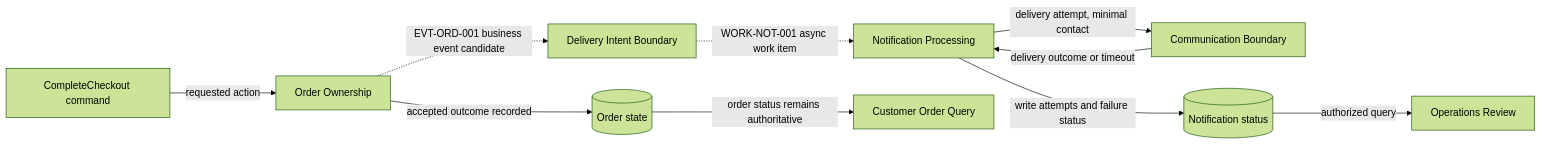
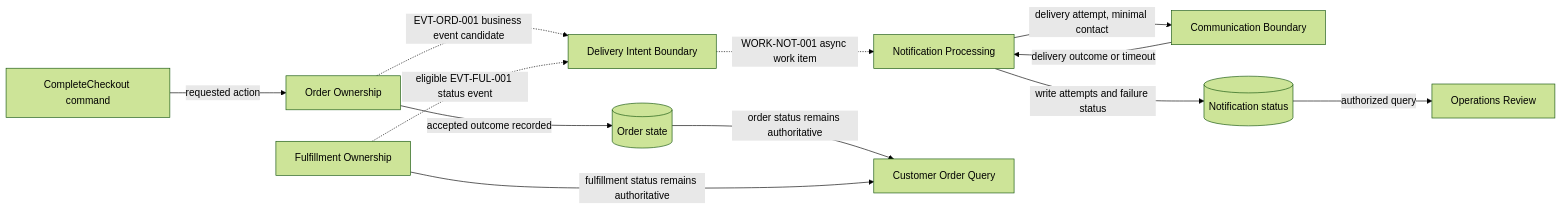
The sixth of 10 diagrams in docs/06-architecture/logical-architecture.md (kieuquy283/EnterpriseE-commercePlatform), drawn with Mermaid (forest theme) before and after one commit. The commit also changed other lines of this file and 49 other files, not shown here.

Commit message:
add order status to customer notifications + some be medusa skills

````diff
--- a/docs/06-architecture/logical-architecture.md
+++ b/docs/06-architecture/logical-architecture.md
@@ -223,12 +223,14 @@
 ```mermaid
 flowchart LR
   CMD[CompleteCheckout command] -->|requested action| ORD[Order Ownership]
   ORD -->|accepted outcome recorded| STATE[(Order state)]
   ORD -.->|EVT-ORD-001 business event candidate| EVENT[Delivery Intent Boundary]
+  FUL[Fulfillment Ownership] -.->|eligible EVT-FUL-001 status event| EVENT
   EVENT -.->|WORK-NOT-001 async work item| NOT[Notification Processing]
   NOT -->|delivery attempt, minimal contact| EXT[Communication Boundary]
   EXT -->|delivery outcome or timeout| NOT
   NOT -->|write attempts and failure status| STATUS[(Notification status)]
   STATUS -->|authorized query| OPS[Operations Review]
   STATE -->|order status remains authoritative| CUSTOMER[Customer Order Query]
+  FUL -->|fulfillment status remains authoritative| CUSTOMER
 ```
````
